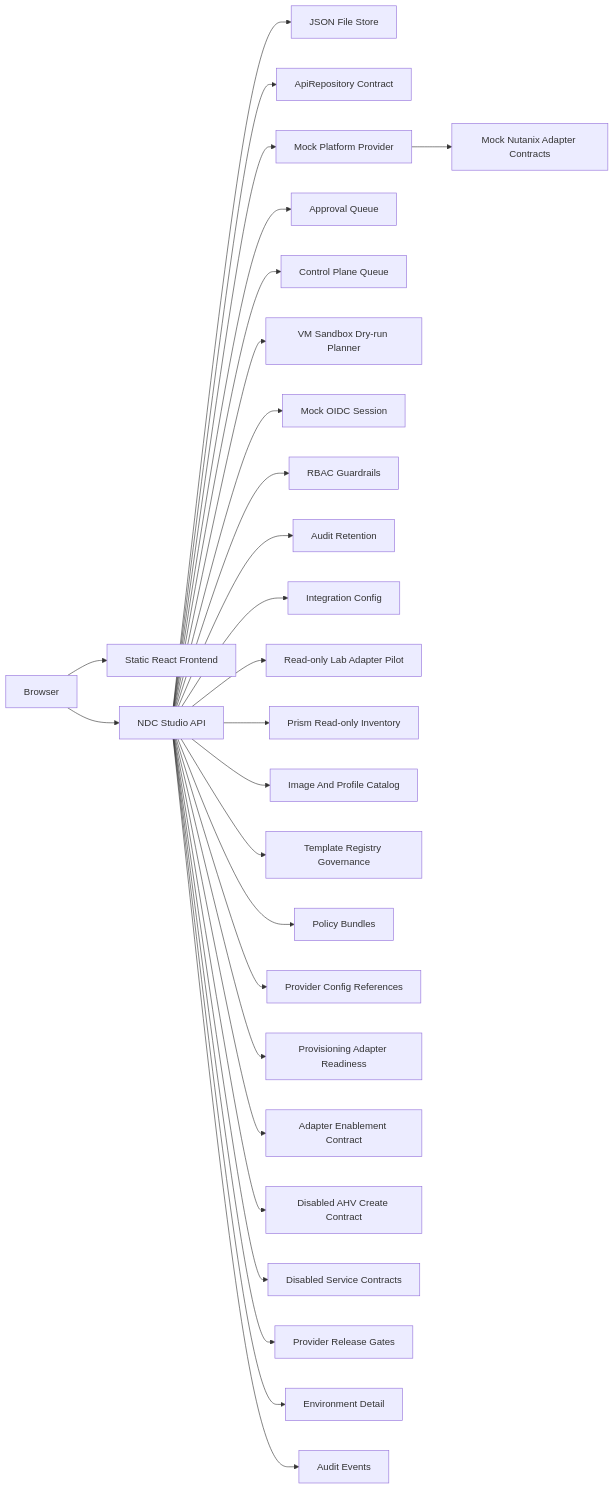
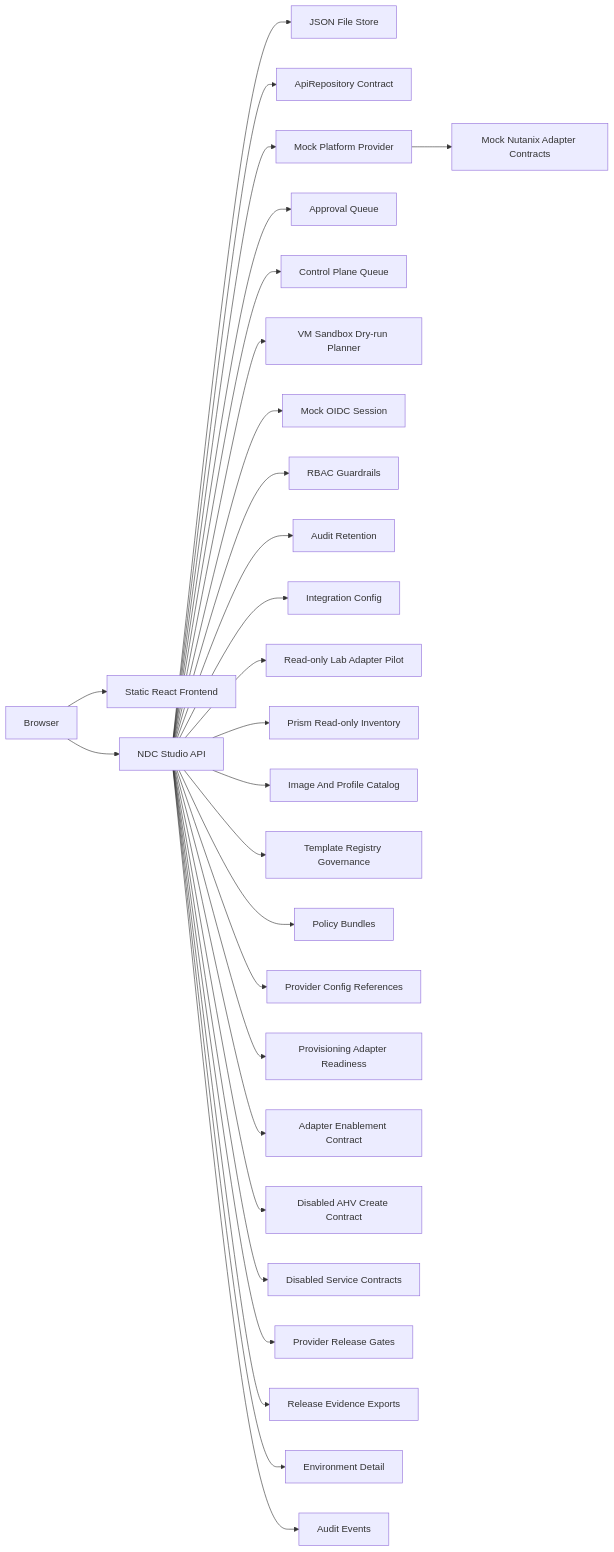
The second of 2 diagrams in docs/architecture.md (VirtuArchitect/nutanix-developer-cloud-studio), drawn with Mermaid before and after one commit. The commit also changed other lines of this file and 21 other files, not shown here.

Commit message:
Add v2.10 release evidence export hardening

````diff
--- a/docs/architecture.md
+++ b/docs/architecture.md
@@ -21,29 +21,30 @@
 ```mermaid
 flowchart LR
     Browser["Browser"] --> Web["Static React Frontend"]
     Browser --> Api["NDC Studio API"]
     Api --> Store["JSON File Store"]
     Api --> Repo["ApiRepository Contract"]
     Api --> Provider["Mock Platform Provider"]
     Provider --> Adapters["Mock Nutanix Adapter Contracts"]
     Api --> Approvals["Approval Queue"]
     Api --> Queue["Control Plane Queue"]
     Api --> VmDryRun["VM Sandbox Dry-run Planner"]
     Api --> Identity["Mock OIDC Session"]
     Api --> Rbac["RBAC Guardrails"]
     Api --> AuditRetention["Audit Retention"]
     Api --> Config["Integration Config"]
     Api --> LabAdapters["Read-only Lab Adapter Pilot"]
     Api --> PrismInventory["Prism Read-only Inventory"]
     Api --> Inventory["Image And Profile Catalog"]
     Api --> Registry["Template Registry Governance"]
     Api --> Bundles["Policy Bundles"]
     Api --> ProviderConfig["Provider Config References"]
     Api --> AdapterReadiness["Provisioning Adapter Readiness"]
     Api --> AdapterEnablement["Adapter Enablement Contract"]
     Api --> AhvCreateContract["Disabled AHV Create Contract"]
     Api --> ServiceContracts["Disabled Service Contracts"]
     Api --> ProviderRelease["Provider Release Gates"]
+    Api --> ReleaseEvidence["Release Evidence Exports"]
     Api --> Details["Environment Detail"]
     Api --> Audit["Audit Events"]
 ```
````
